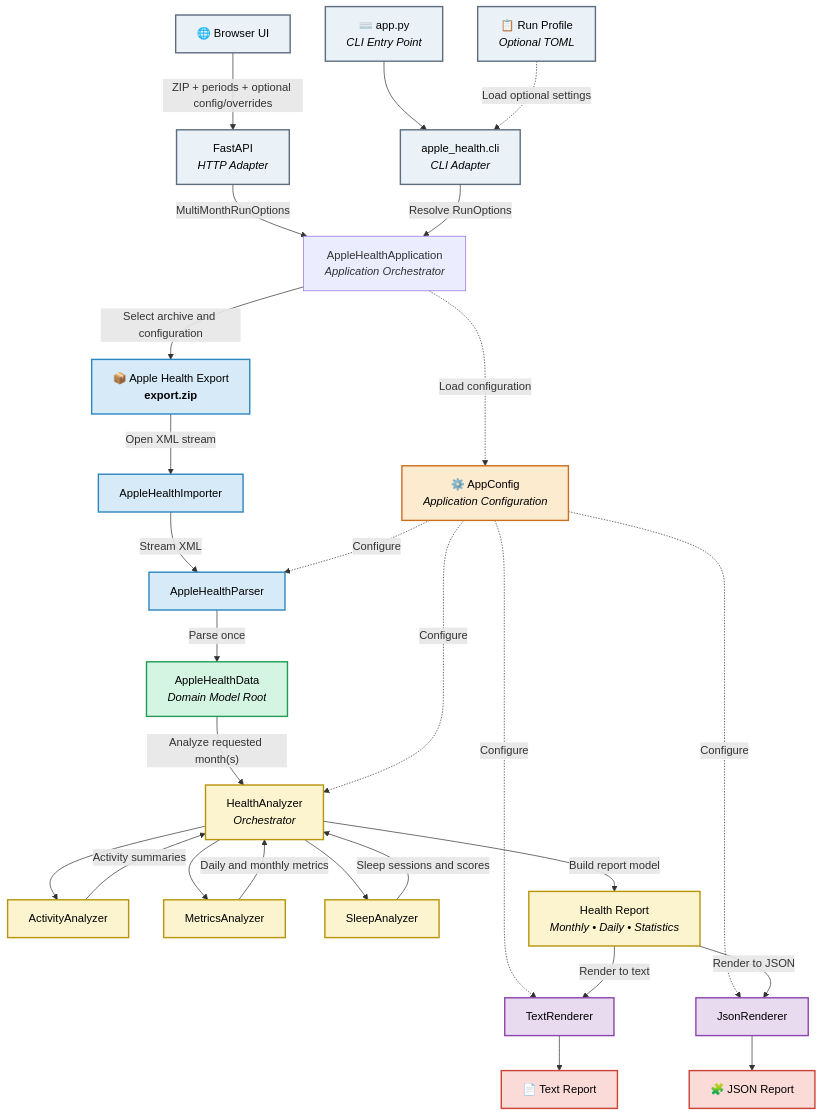
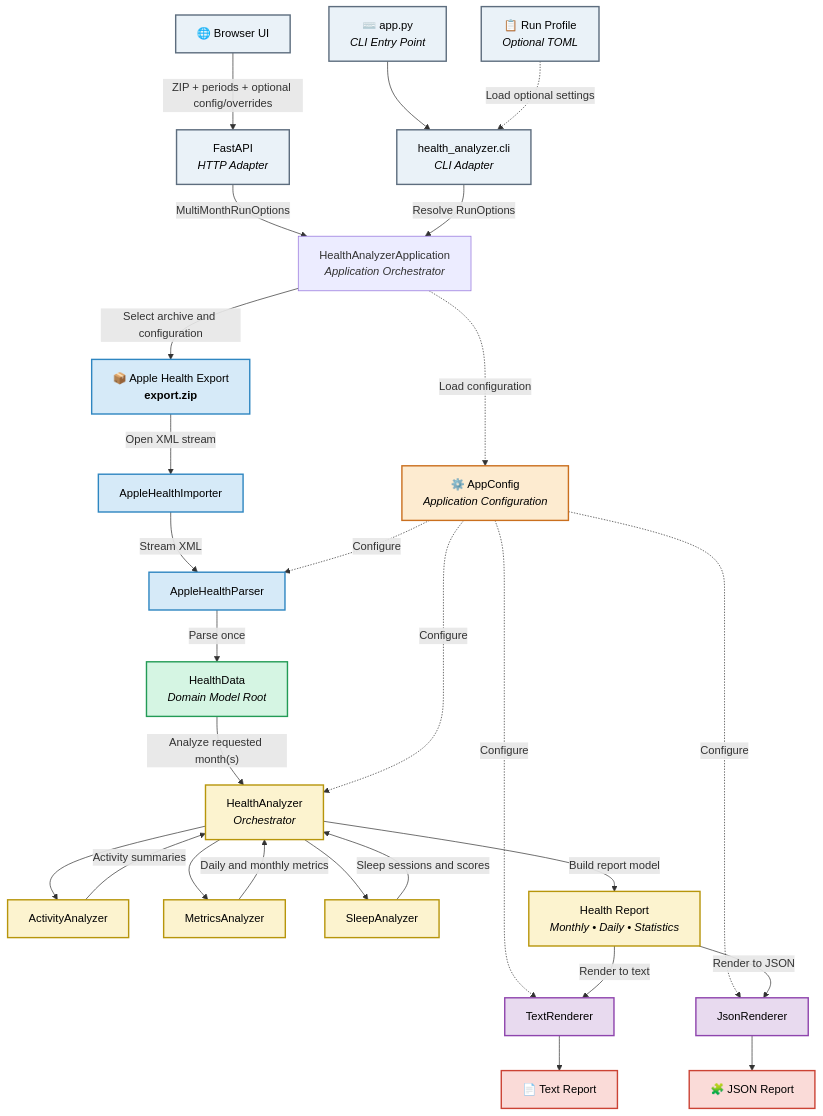
One commit to MateuszMocarski/AppleHealthMonitorAnalyzer changed the first of 4 diagrams in README.md. Above: the diagram before and after it, drawn with Mermaid. The commit also changed other lines of this file and 106 other files, not shown here.

First line of the commit message:
Refactor architecture for multi-provider support (Garmin/Apple)

````diff
--- a/README.md
+++ b/README.md
@@ -395,74 +395,74 @@
 ```mermaid
 flowchart TD
 
     WEB["🌐 Browser UI"]
     API["FastAPI<br/><i>HTTP Adapter</i>"]
     ENTRY["⌨️ app.py<br/><i>CLI Entry Point</i>"]
-    CLI["apple_health.cli<br/><i>CLI Adapter</i>"]
+    CLI["health_analyzer.cli<br/><i>CLI Adapter</i>"]
     PROFILE["📋 Run Profile<br/><i>Optional TOML</i>"]
-    APP["AppleHealthApplication<br/><i>Application Orchestrator</i>"]
+    APP["HealthAnalyzerApplication<br/><i>Application Orchestrator</i>"]
     A["📦 Apple Health Export<br/><b>export.zip</b>"]
     CFG["⚙️ AppConfig<br/><i>Application Configuration</i>"]
 
     B["AppleHealthImporter"]
     C["AppleHealthParser"]
-    D["AppleHealthData<br/><i>Domain Model Root</i>"]
+    D["HealthData<br/><i>Domain Model Root</i>"]
 
     E["HealthAnalyzer<br/><i>Orchestrator</i>"]
     EA["ActivityAnalyzer"]
     EM["MetricsAnalyzer"]
     ES["SleepAnalyzer"]
 
     F["Health Report<br/><i>Monthly • Daily • Statistics</i>"]
     G["TextRenderer"]
     GJ["JsonRenderer"]
     H["📄 Text Report"]
     HJ["🧩 JSON Report"]
 
     WEB -->|"ZIP + periods + optional config/overrides"| API
     API -->|"MultiMonthRunOptions"| APP
     ENTRY --> CLI
     PROFILE -.->|"Load optional settings"| CLI
     CLI -->|"Resolve RunOptions"| APP
     APP -->|"Select archive and configuration"| A
     APP -.->|"Load configuration"| CFG
     A -->|"Open XML stream"| B
     B -->|"Stream XML"| C
     C -->|"Parse once"| D
     D -->|"Analyze requested month(s)"| E
 
     CFG -.->|"Configure"| C
     CFG -.->|"Configure"| E
     CFG -.->|"Configure"| G
     CFG -.->|"Configure"| GJ
 
     E --> EA
     E --> EM
     E --> ES
 
     EA -->|"Activity summaries"| E
     EM -->|"Daily and monthly metrics"| E
     ES -->|"Sleep sessions and scores"| E
 
     E -->|"Build report model"| F
     F -->|"Render to text"| G
     F -->|"Render to JSON"| GJ
     G --> H
     GJ --> HJ
 
     classDef adapter fill:#EAF2F8,stroke:#5D6D7E,color:#000,stroke-width:2px;
     classDef import fill:#D6EAF8,stroke:#2E86C1,color:#000,stroke-width:2px;
     classDef config fill:#FDEBD0,stroke:#CA6F1E,color:#000,stroke-width:2px;
     classDef domain fill:#D5F5E3,stroke:#239B56,color:#000,stroke-width:2px;
     classDef analysis fill:#FCF3CF,stroke:#B7950B,color:#000,stroke-width:2px;
     classDef presentation fill:#E8DAEF,stroke:#8E44AD,color:#000,stroke-width:2px;
     classDef output fill:#FADBD8,stroke:#CB4335,color:#000,stroke-width:2px;
 
     class WEB,API,ENTRY,CLI,PROFILE adapter;
     class A,B,C import;
     class CFG config;
     class D domain;
     class E,EA,EM,ES,F analysis;
     class G,GJ presentation;
     class H,HJ output;
 ```
````
